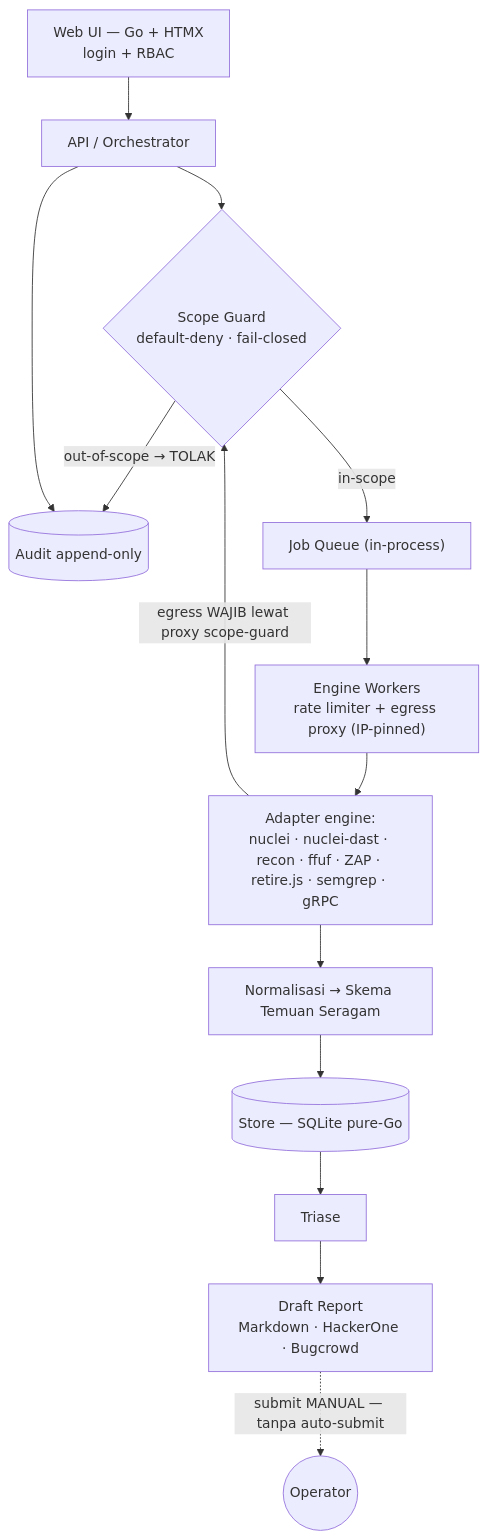
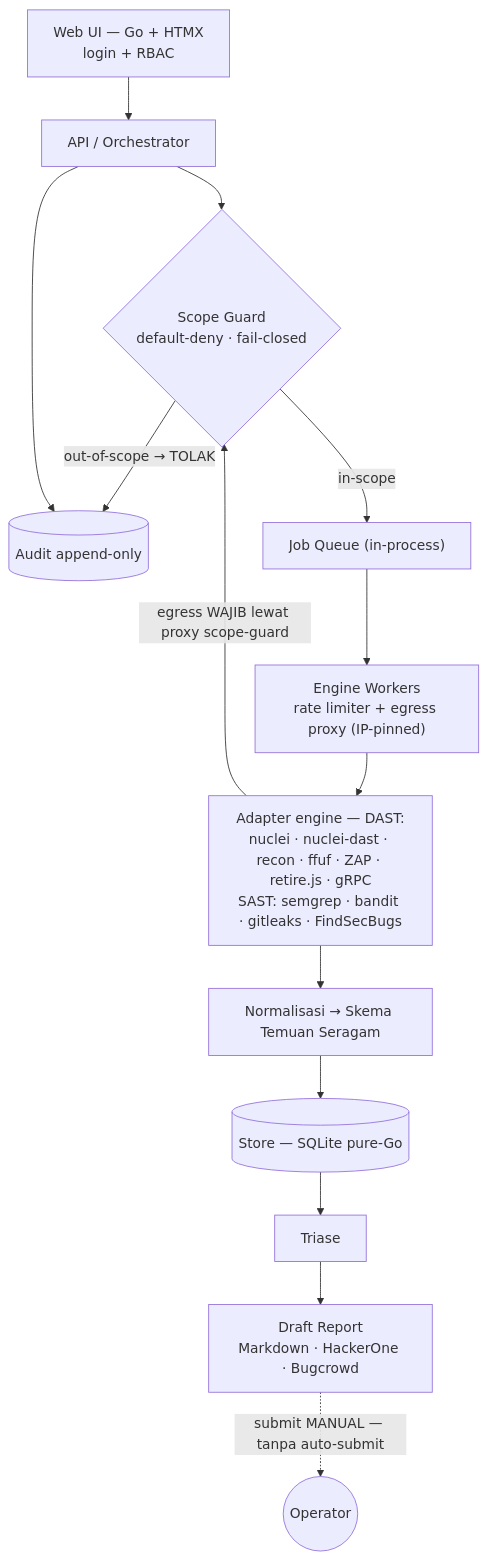
Before and after one commit to Gh05txvx/bughound: the first of 2 diagrams in README.md, drawn with Mermaid. The commit also changed other lines of this file, not shown here.

First line of the commit message:
docs(readme): posisikan sebagai DAST + SAST orchestrator + jabarkan SAST

````diff
--- a/README.md
+++ b/README.md
@@ -91,16 +93,16 @@
 ```mermaid
 flowchart TD
     UI["Web UI — Go + HTMX<br/>login + RBAC"] --> API["API / Orchestrator"]
     API --> SG{"Scope Guard<br/>default-deny · fail-closed"}
     SG -- "out-of-scope → TOLAK" --> AUD[("Audit append-only")]
     SG -- "in-scope" --> Q["Job Queue (in-process)"]
     Q --> W["Engine Workers<br/>rate limiter + egress proxy (IP-pinned)"]
-    W --> ENG["Adapter engine:<br/>nuclei · nuclei-dast · recon · ffuf · ZAP · retire.js · semgrep · gRPC"]
+    W --> ENG["Adapter engine — DAST:<br/>nuclei · nuclei-dast · recon · ffuf · ZAP · retire.js · gRPC<br/>SAST: semgrep · bandit · gitleaks · FindSecBugs"]
     ENG -- "egress WAJIB lewat proxy scope-guard" --> SG
     ENG --> NORM["Normalisasi → Skema Temuan Seragam"]
     NORM --> STORE[("Store — SQLite pure-Go")]
     STORE --> TRI["Triase"]
     TRI --> REP["Draft Report<br/>Markdown · HackerOne · Bugcrowd"]
     API --> AUD
     REP -. "submit MANUAL — tanpa auto-submit" .-> OP(("Operator"))
 ```
````
